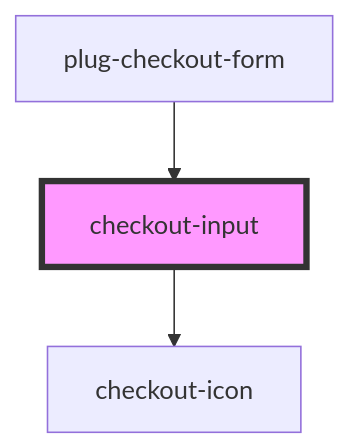
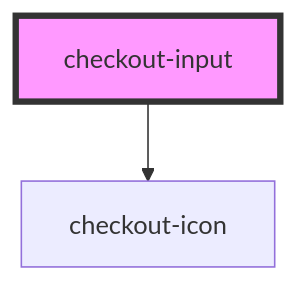
Before and after one commit to plughacker/malga-checkout: the diagram in packages/common/src/components/checkout-input/readme.md, drawn with Mermaid. The commit also changed other lines of this file and 7 other files, not shown here.

Commit message:
feat(plug-checkout): improve project architecture

````diff
--- a/packages/common/src/components/checkout-input/readme.md
+++ b/packages/common/src/components/checkout-input/readme.md
@@ -58,6 +54,5 @@
 ```mermaid
 graph TD;
   checkout-input --> checkout-icon
-  plug-checkout-form --> checkout-input
   style checkout-input fill:#f9f,stroke:#333,stroke-width:4px
 ```
````
